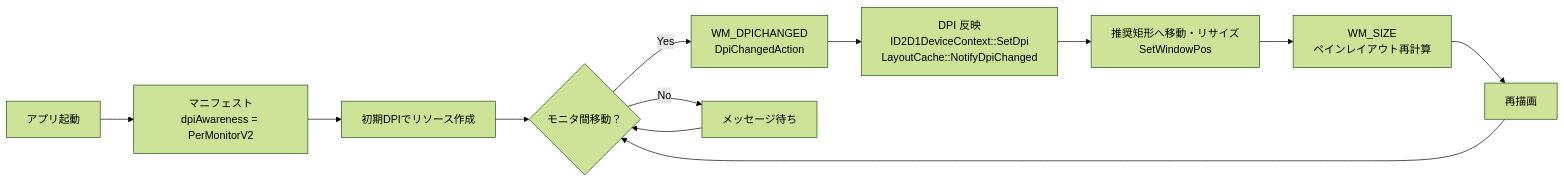
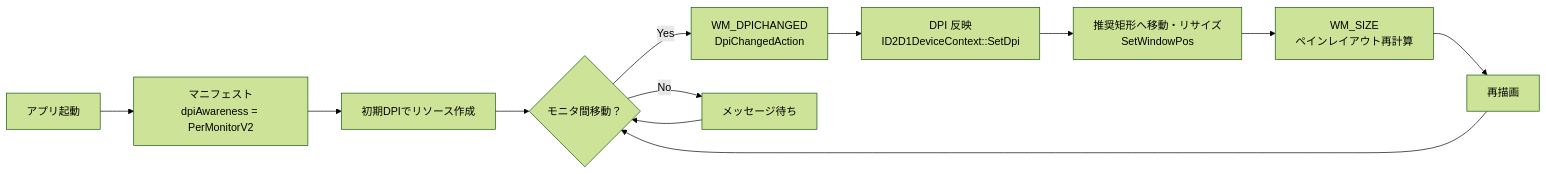
Before and after one commit to tanaton/mendo: diagram 22 of 27 in example/test.md, drawn with Mermaid (forest theme). The commit also changed other lines of this file and 161 other files, not shown here.

````diff
--- a/example/test.md
+++ b/example/test.md
@@ -3470,14 +3381,14 @@
 ```mermaid
 flowchart LR
     START[アプリ起動] --> SET[マニフェスト<br>dpiAwareness = PerMonitorV2]
     SET --> INIT[初期DPIでリソース作成]
     INIT --> MOVE{モニタ間移動？}
     MOVE -->|Yes| WM[WM_DPICHANGED<br>DpiChangedAction]
-    WM --> RECREATE[DPI 反映<br>ID2D1DeviceContext::SetDpi<br>LayoutCache::NotifyDpiChanged]
+    WM --> RECREATE[DPI 反映<br>ID2D1DeviceContext::SetDpi]
     RECREATE --> RESIZE[推奨矩形へ移動・リサイズ<br>SetWindowPos]
     RESIZE --> RELAYOUT[WM_SIZE<br>ペインレイアウト再計算]
     RELAYOUT --> REPAINT[再描画]
     REPAINT --> MOVE
     MOVE -->|No| WAIT[メッセージ待ち]
     WAIT --> MOVE
 ```
````
